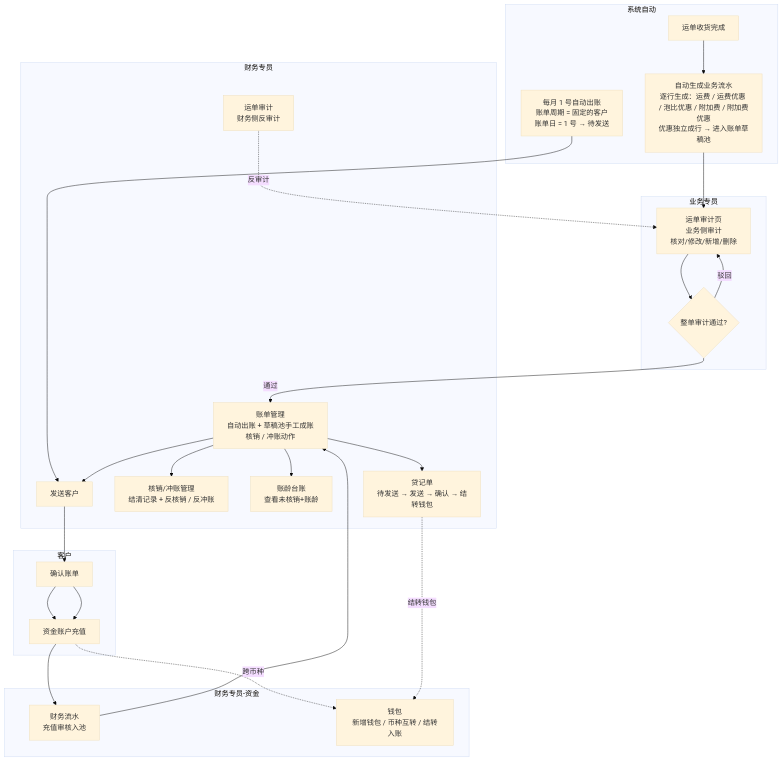
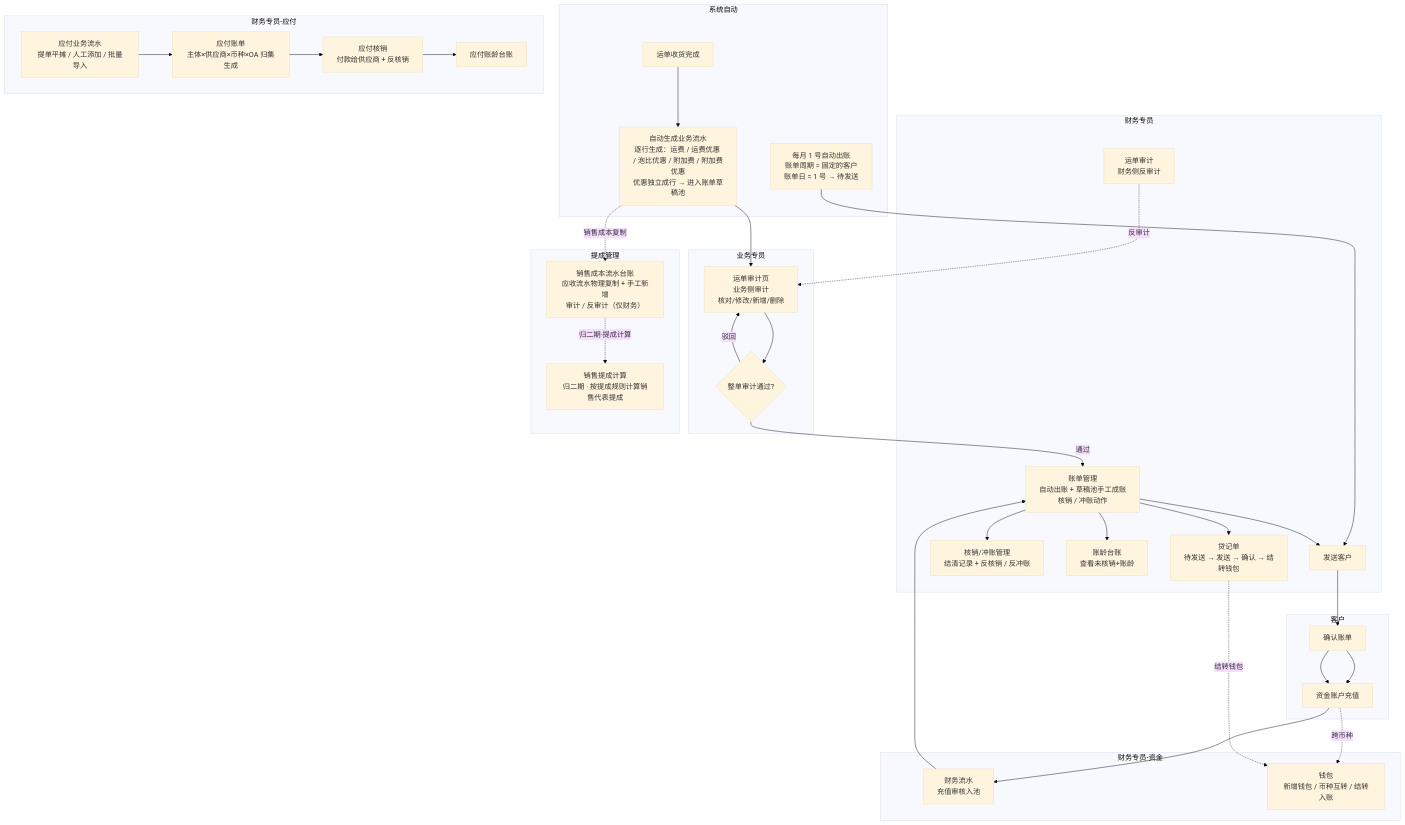
Before and after one commit to zhangwen960722/luna-daily: the first of 9 diagrams in 0-产品经理使用IDE/drafts/财务/2026-09-27-产品文档.md, drawn with Mermaid (base theme). The commit also changed other lines of this file and 14 other files, not shown here.

````diff
--- a/0-产品经理使用IDE/drafts/财务/2026-09-27-产品文档.md
+++ b/0-产品经理使用IDE/drafts/财务/2026-09-27-产品文档.md
@@ -137,37 +167,50 @@
 ```mermaid
 flowchart TD
     subgraph 系统自动
         S1[运单收货完成] --> S2[自动生成业务流水<br/>逐行生成：运费 / 运费优惠 / 泡比优惠 / 附加费 / 附加费优惠<br/>优惠独立成行 → 进入账单草稿池]
         S3[每月 1 号自动出账<br/>账单周期 = 固定的客户<br/>账单日 = 1 号 → 待发送]
     end
     subgraph 业务专员
         B1[运单审计页<br/>业务侧审计<br/>核对/修改/新增/删除] --> B2{整单审计通过?}
     end
     subgraph 财务专员
         F1[运单审计<br/>财务侧反审计]
         F3[账单管理<br/>自动出账 + 草稿池手工成账<br/>核销 / 冲账动作]
         F4[发送客户]
         F5[核销/冲账管理<br/>结清记录 + 反核销 / 反冲账]
         F6[账龄台账<br/>查看未核销+账龄]
         F9[贷记单<br/>待发送 → 发送 → 确认 → 结转钱包]
+    end
+    subgraph 财务专员-应付
+        FP1[应付业务流水<br/>提单平摊 / 人工添加 / 批量导入]
+        FP2[应付账单<br/>主体×供应商×币种×OA 归集生成]
+        FP3[应付核销<br/>付款给供应商 + 反核销]
+        FP4[应付账龄台账]
+    end
+    subgraph 提成管理
+        TC1[销售成本流水台账<br/>应收流水物理复制 + 手工新增<br/>审计 / 反审计（仅财务）]
+        TC2[销售提成计算<br/>归二期 · 按提成规则计算销售代表提成]
     end
     subgraph 客户
         C1[确认账单] --> C2[资金账户充值]
     end
     subgraph 财务专员2[财务专员-资金]
         F7[财务流水<br/>充值审核入池]
         F8[钱包<br/>新增钱包 / 币种互转 / 结转入账]
     end
     S2 --> B1
     S3 --> F4
     B2 -->|通过| F3
     B2 -->|驳回| B1
     F1 -.反审计.-> B1
     F3 --> F4 --> C1 --> C2 --> F7
     F7 --> F3
     F3 --> F5
     F3 --> F6
     F3 --> F9
     C2 -.跨币种.-> F8
     F9 -.结转钱包.-> F8
+    FP1 --> FP2 --> FP3 --> FP4
+    S2 -.销售成本复制.-> TC1
+    TC1 -.归二期·提成计算.-> TC2
 ```
````
